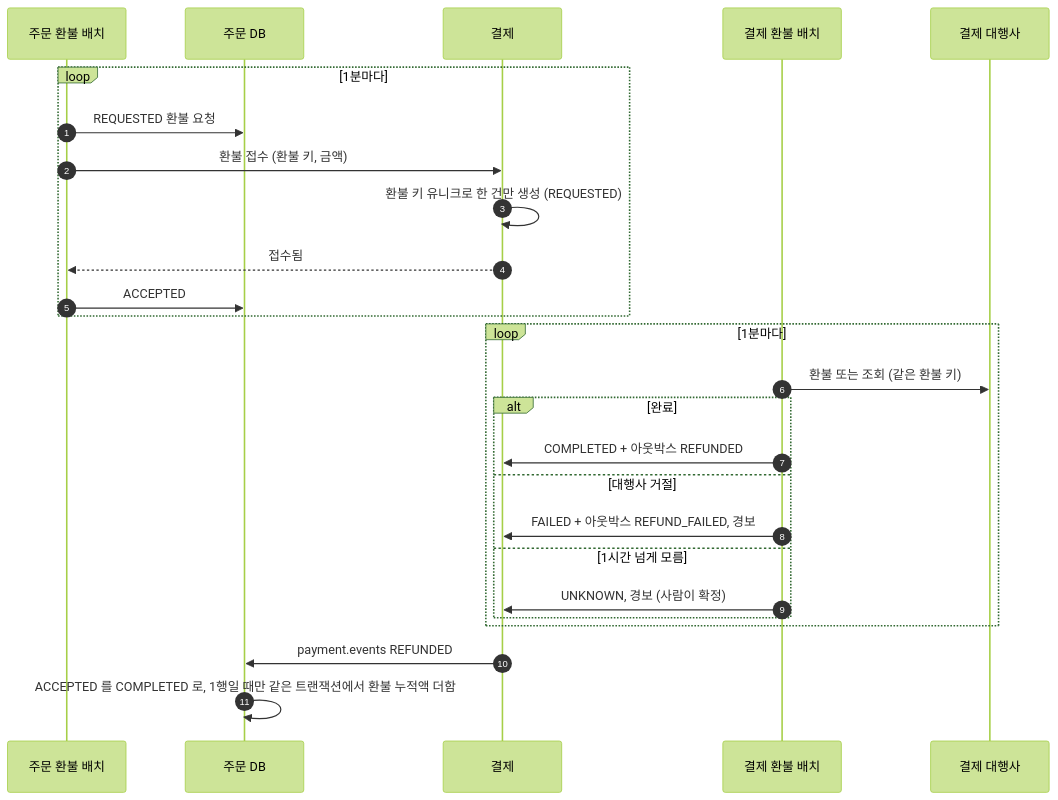
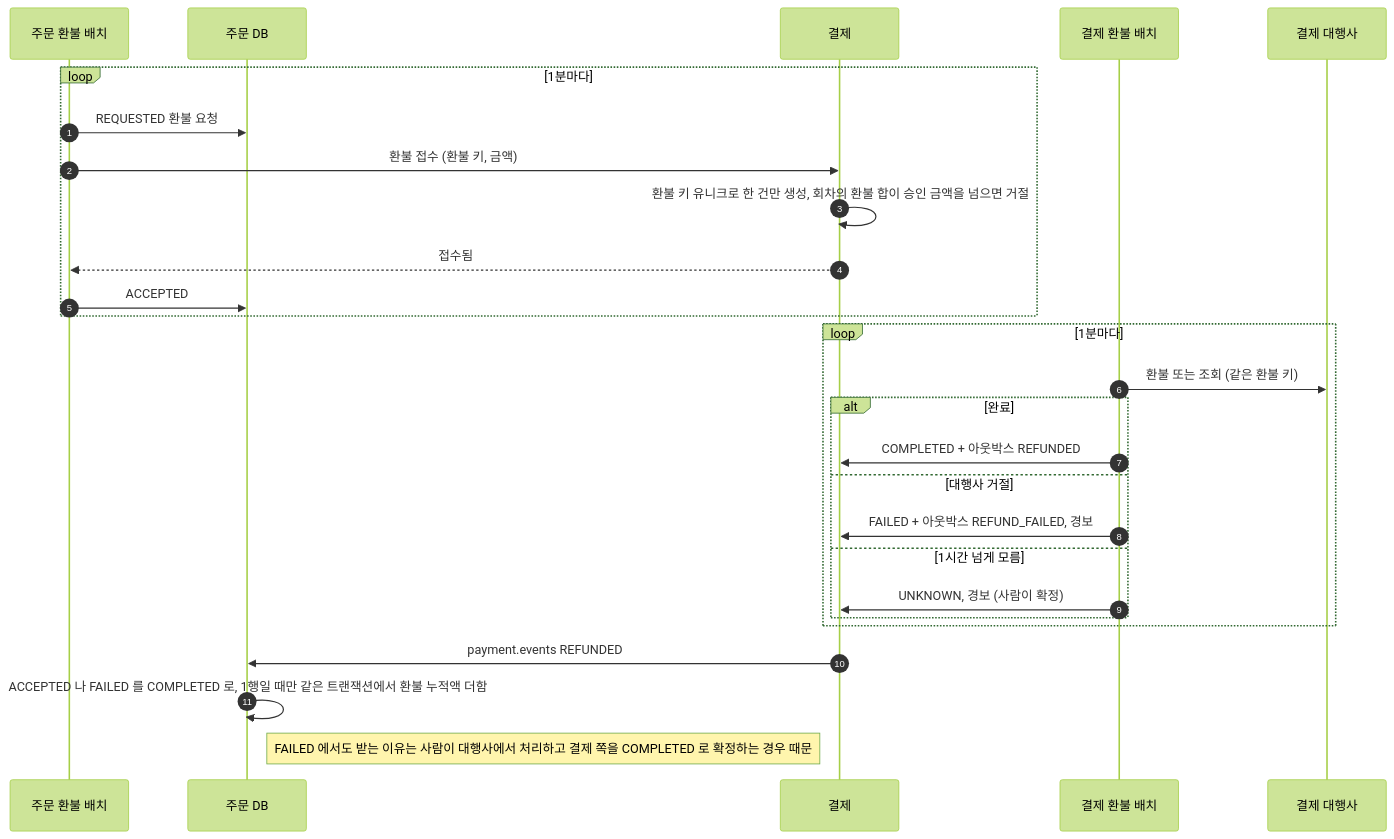
The second of 4 diagrams in docs/sequence/04-취소와-환불.md (Bamdule/dawn-delivery-commerce), drawn with Mermaid (forest theme) before and after one commit. The commit also changed other lines of this file and 16 other files, not shown here.

````diff
--- a/docs/sequence/04-취소와-환불.md
+++ b/docs/sequence/04-취소와-환불.md
@@ -45,31 +45,32 @@
 ```mermaid
 sequenceDiagram
     autonumber
     participant 주문배치 as 주문 환불 배치
     participant 주문 as 주문 DB
     participant 결제
     participant 결제배치 as 결제 환불 배치
     participant 대행사 as 결제 대행사
 
     loop 1분마다
         주문배치->>주문: REQUESTED 환불 요청
         주문배치->>결제: 환불 접수 (환불 키, 금액)
-        결제->>결제: 환불 키 유니크로 한 건만 생성 (REQUESTED)
+        결제->>결제: 환불 키 유니크로 한 건만 생성, 회차의 환불 합이 승인 금액을 넘으면 거절
         결제-->>주문배치: 접수됨
         주문배치->>주문: ACCEPTED
     end
 
     loop 1분마다
         결제배치->>대행사: 환불 또는 조회 (같은 환불 키)
         alt 완료
             결제배치->>결제: COMPLETED + 아웃박스 REFUNDED
         else 대행사 거절
             결제배치->>결제: FAILED + 아웃박스 REFUND_FAILED, 경보
         else 1시간 넘게 모름
             결제배치->>결제: UNKNOWN, 경보 (사람이 확정)
         end
     end
 
     결제->>주문: payment.events REFUNDED
-    주문->>주문: ACCEPTED 를 COMPLETED 로, 1행일 때만 같은 트랜잭션에서 환불 누적액 더함
+    주문->>주문: ACCEPTED 나 FAILED 를 COMPLETED 로, 1행일 때만 같은 트랜잭션에서 환불 누적액 더함
+    Note right of 주문: FAILED 에서도 받는 이유는 사람이 대행사에서 처리하고 결제 쪽을 COMPLETED 로 확정하는 경우 때문
 ```
````
